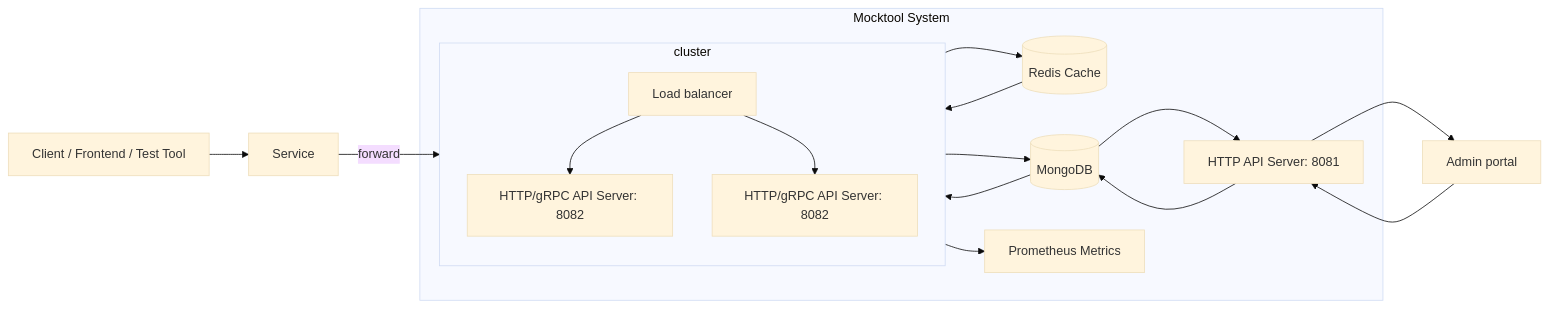
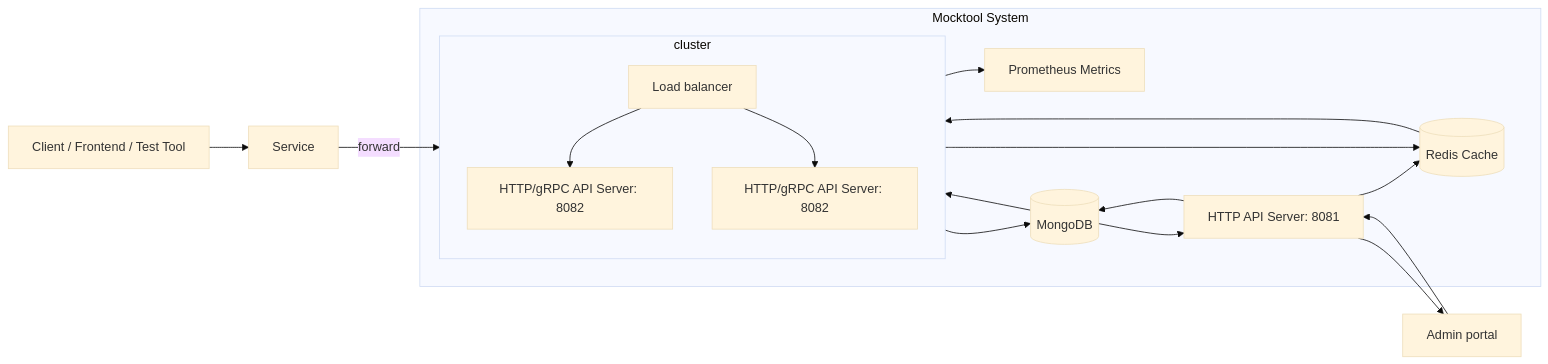
Before and after one commit to NamNV2496/mocktool: the first of 2 diagrams in README.md, drawn with Mermaid (base theme). The commit also changed other lines of this file and 1 other file, not shown here.

````diff
--- a/README.md
+++ b/README.md
@@ -43,33 +43,34 @@
 ```mermaid
 flowchart LR
     Admin[Admin portal]
     Client[Client / Frontend / Test Tool]
     Service
     subgraph Mocktool System
         API1[HTTP API Server: 8081]
         subgraph cluster
             LB[Load balancer]
             API2[HTTP/gRPC API Server: 8082]
             API3[HTTP/gRPC API Server: 8082]
         end
+        Metrics[Prometheus Metrics]
         Cache[(Redis Cache)]
         DB[(MongoDB)]
-        Metrics[Prometheus Metrics]
     end
     
     Admin --> API1
     API1 --> DB
     DB --> API1
     API1 --> Admin
+    API1 --> Cache
 
     Client --> Service
     Service --forward--> cluster 
     LB --> API2
     LB --> API3
     cluster --> Cache
     Cache --> cluster
     
     cluster --> DB
     DB --> cluster
     cluster --> Metrics
 ```
````
